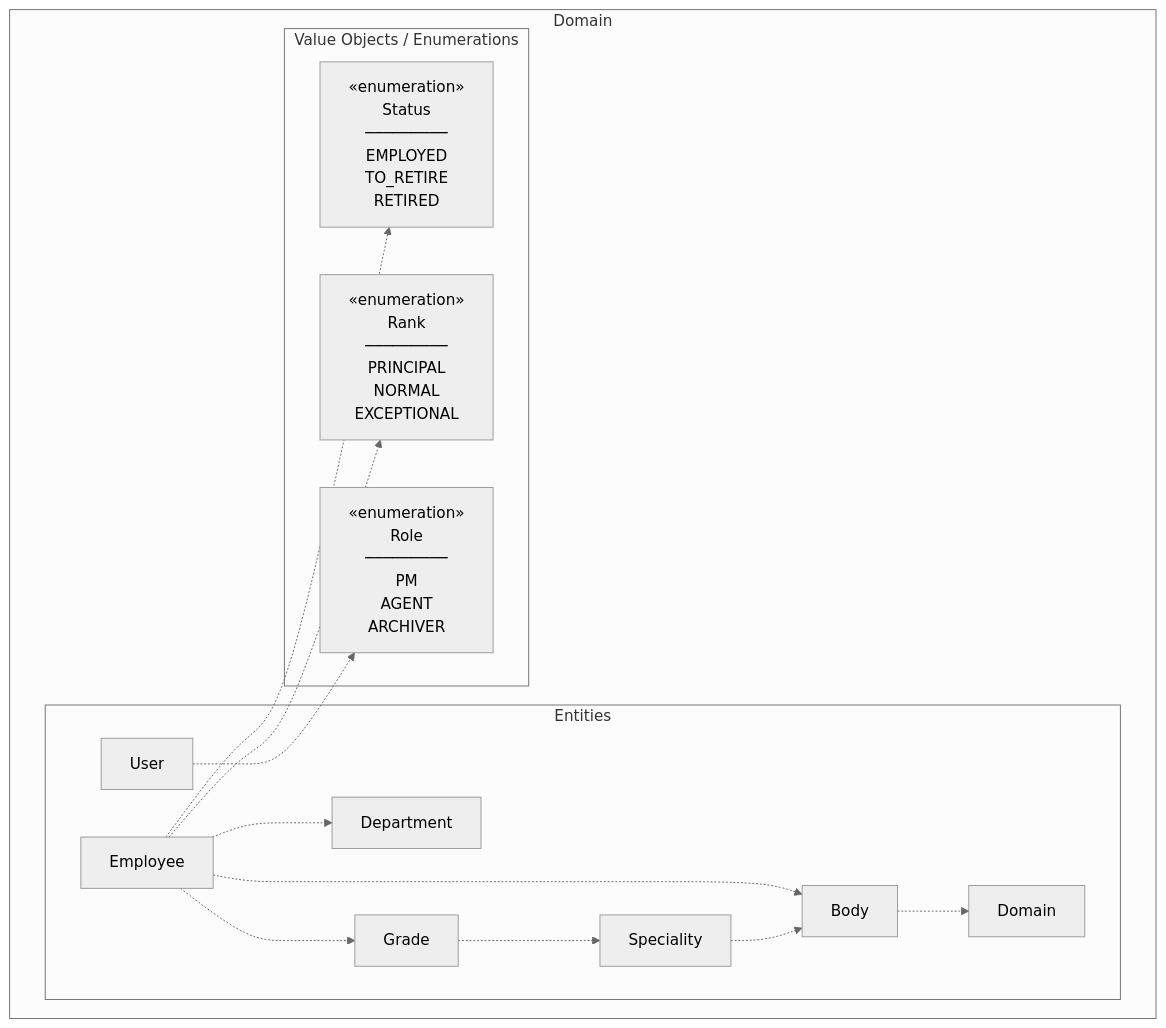
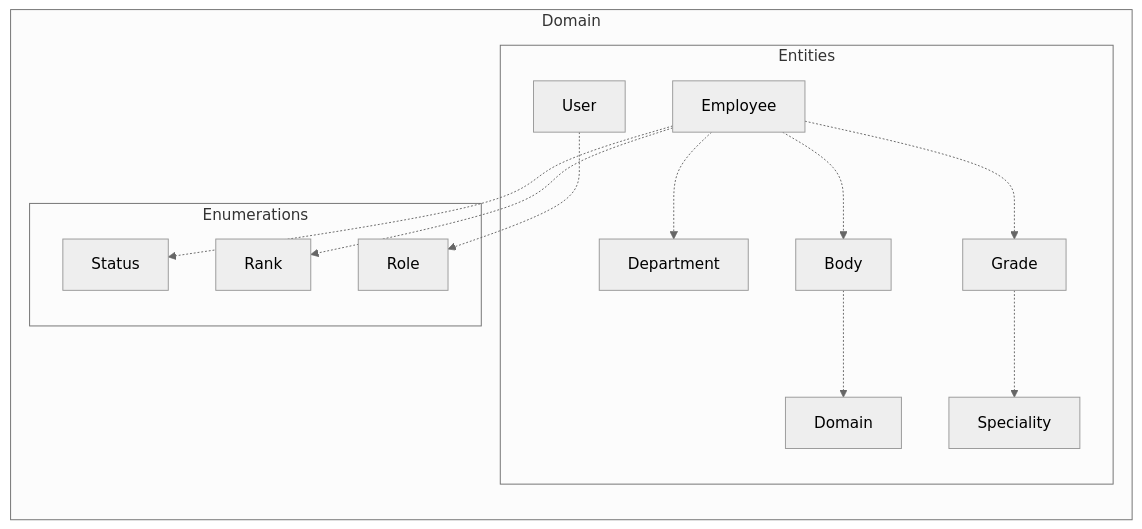
One commit to AmirtterK/human-resources-management changed the third of 4 diagrams in diagrams/package.md. Above: the diagram before and after it, drawn with Mermaid (neutral theme). The commit also changed other lines of this file, not shown here.

````diff
--- a/diagrams/package.md
+++ b/diagrams/package.md
@@ -107,30 +85,29 @@
 ```mermaid
-graph TB
+graph LR
     subgraph DomainPkg["Domain"]
         subgraph EntitiesPkg["Entities"]
             Emp["Employee"]
             Dept["Department"]
             Bdy["Body"]
             Dom["Domain"]
             Grd["Grade"]
             Spec["Speciality"]
             Usr["User"]
         end
         
-        subgraph ValueObjectsPkg["Value Objects / Enumerations"]
-            StatusEnum["«enumeration»<br/>Status<br/>─────────<br/>EMPLOYED<br/>TO_RETIRE<br/>RETIRED"]
-            RoleEnum["«enumeration»<br/>Role<br/>─────────<br/>PM<br/>AGENT<br/>ARCHIVER"]
-            RankEnum["«enumeration»<br/>Rank<br/>─────────<br/>PRINCIPAL<br/>NORMAL<br/>EXCEPTIONAL"]
+        subgraph ValuesPkg["Enumerations"]
+            StatusEnum["Status"]
+            RoleEnum["Role"]
+            RankEnum["Rank"]
         end
     end
     
     Emp -.-> StatusEnum
     Emp -.-> RankEnum
     Emp -.-> Dept
     Emp -.-> Bdy
     Emp -.-> Grd
     Usr -.-> RoleEnum
     Bdy -.-> Dom
     Grd -.-> Spec
-    Spec -.-> Bdy
 ```
````
